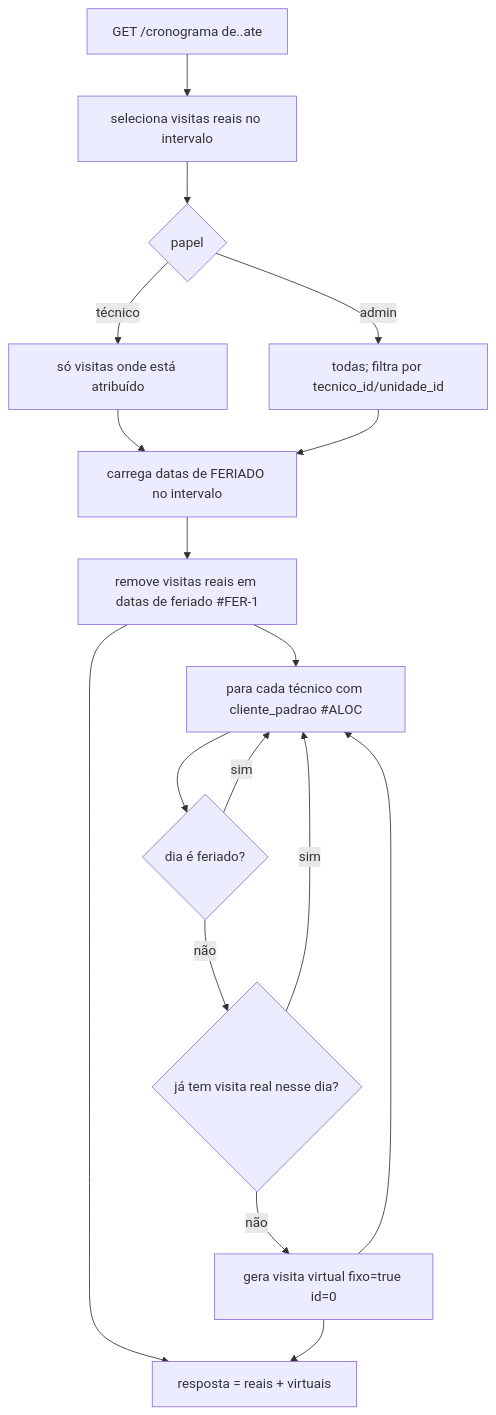
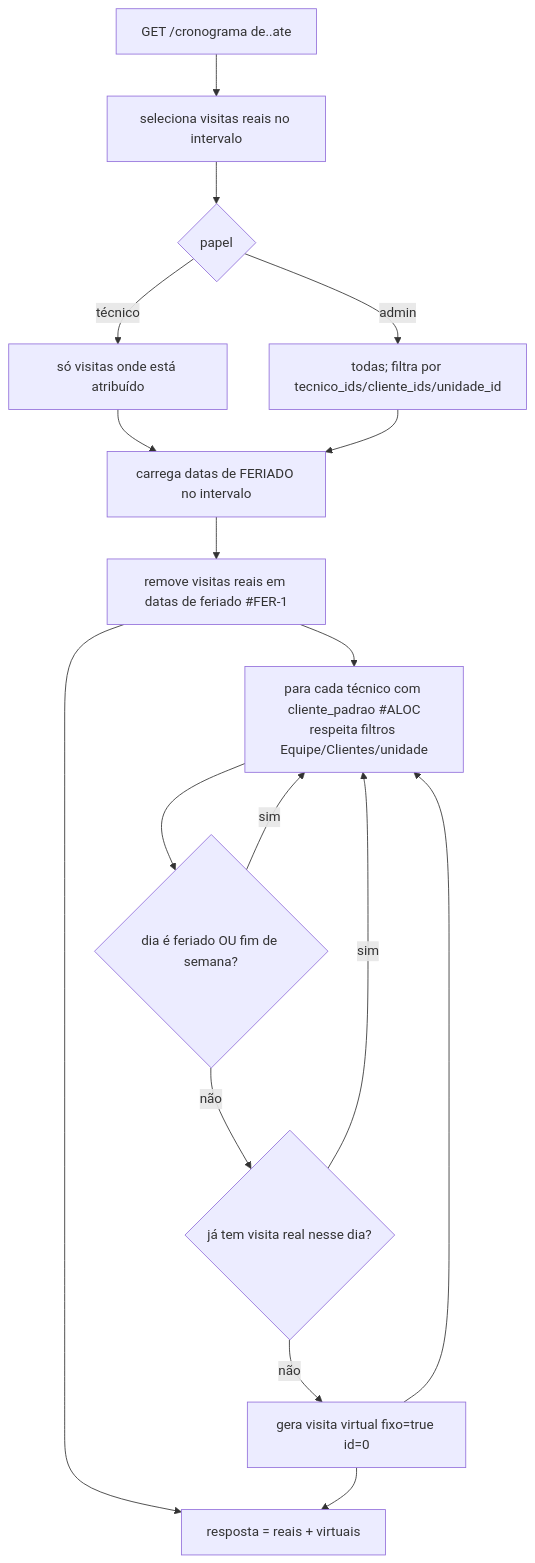
The seventh of 9 diagrams in docs/FLUXOS.md (caiquemiranda/RAG-Simplex), drawn with Mermaid before and after one commit. The commit also changed other lines of this file and 9 other files, not shown here.

First line of the commit message:
feat(cronograma): #CR-FILTROS filtros Equipe/Clientes (multi) + #ALOC so dias uteis

````diff
--- a/docs/FLUXOS.md
+++ b/docs/FLUXOS.md
@@ -127,17 +128,17 @@
 ```mermaid
 flowchart TD
   A[GET /cronograma de..ate] --> B[seleciona visitas reais no intervalo]
   B --> C{papel}
   C -- técnico --> C1[só visitas onde está atribuído]
-  C -- admin --> C2[todas; filtra por tecnico_id/unidade_id]
+  C -- admin --> C2[todas; filtra por tecnico_ids/cliente_ids/unidade_id]
   C1 & C2 --> D[carrega datas de FERIADO no intervalo]
   D --> E[remove visitas reais em datas de feriado #FER-1]
-  E --> F[para cada técnico com cliente_padrao #ALOC]
-  F --> G{dia é feriado?}
+  E --> F[para cada técnico com cliente_padrao #ALOC<br/>respeita filtros Equipe/Clientes/unidade]
+  F --> G{dia é feriado OU fim de semana?}
   G -- sim --> F
   G -- não --> H{já tem visita real nesse dia?}
   H -- sim --> F
   H -- não --> I[gera visita virtual fixo=true id=0]
   I --> F
   E & I --> J[resposta = reais + virtuais]
 ```
````
